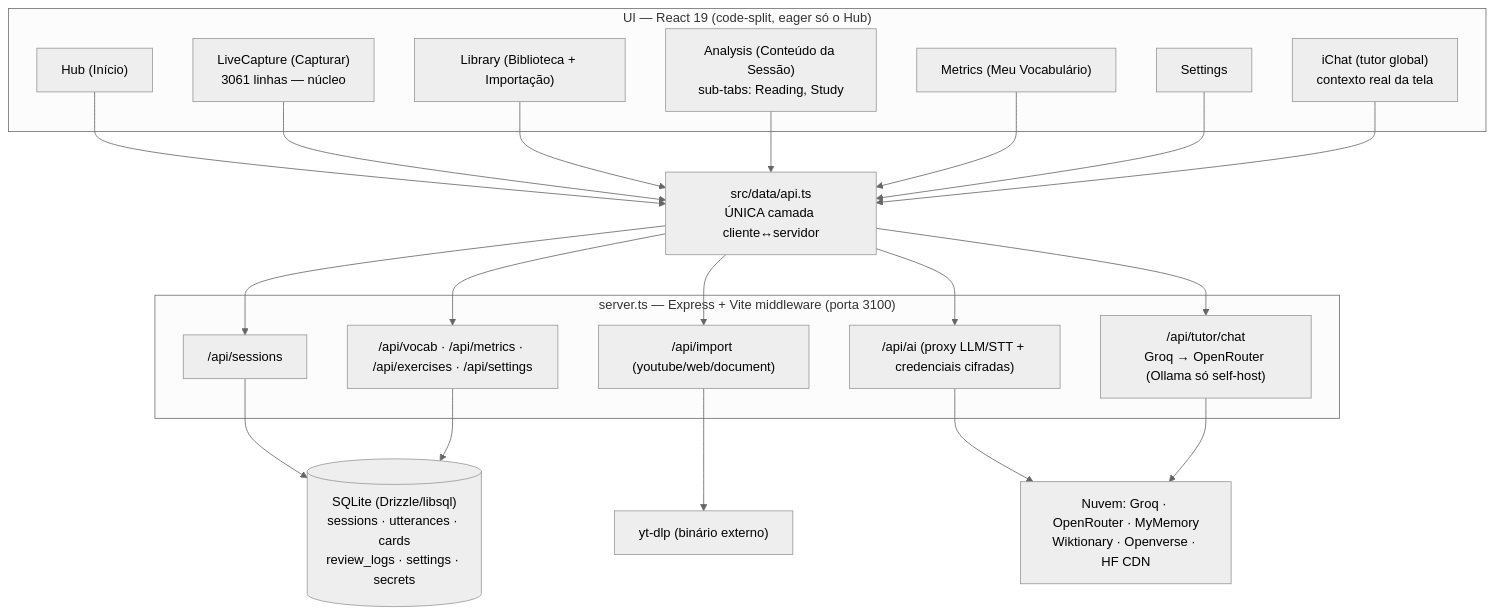
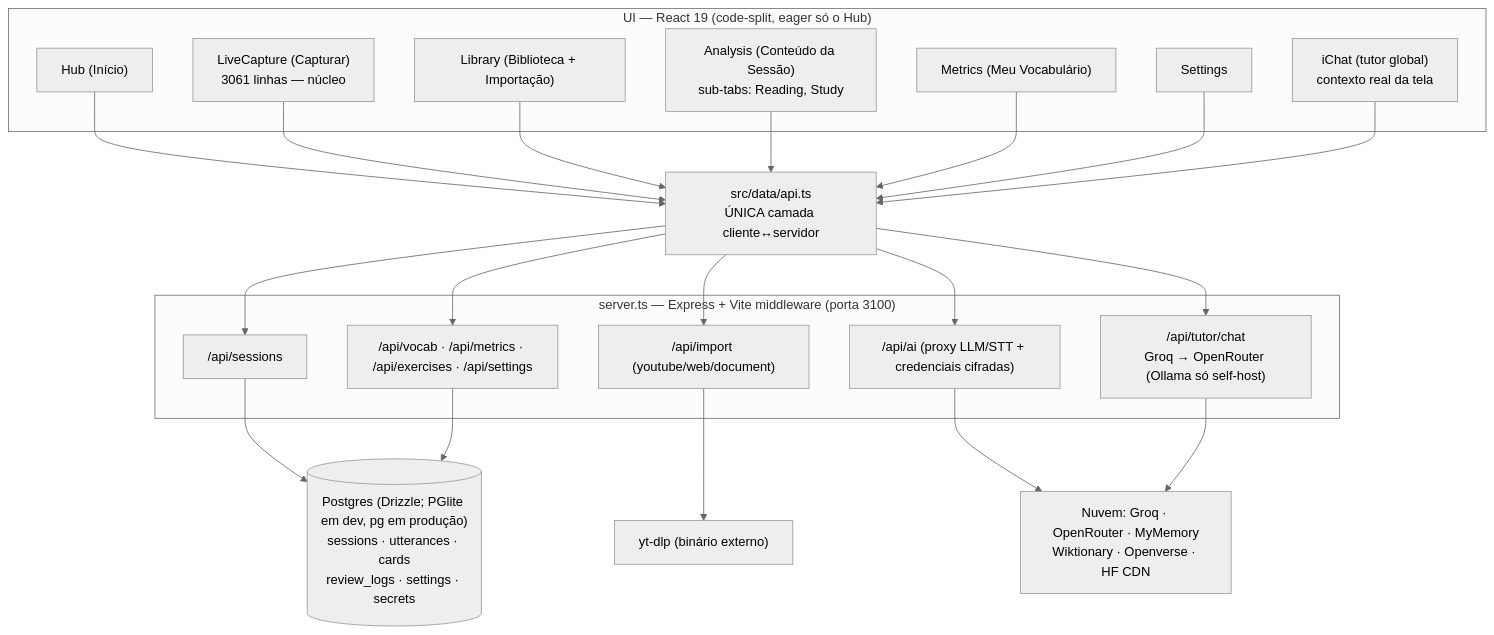
Before and after one commit to GuilhermeLVL/babel-play: the first of 4 diagrams in docs/arquitetura.md, drawn with Mermaid (neutral theme). The commit also changed other lines of this file and 8 other files, not shown here.

````diff
--- a/docs/arquitetura.md
+++ b/docs/arquitetura.md
@@ -48,33 +48,33 @@
 ```mermaid
 flowchart TB
     subgraph UI["UI — React 19 (code-split, eager só o Hub)"]
         Hub["Hub (Início)"]
         LC["LiveCapture (Capturar)\n3061 linhas — núcleo"]
         Lib["Library (Biblioteca + Importação)"]
         Ana["Analysis (Conteúdo da Sessão)\nsub-tabs: Reading, Study"]
         Met["Metrics (Meu Vocabulário)"]
         Set["Settings"]
         IChat["iChat (tutor global)\ncontexto real da tela"]
     end
 
     API["src/data/api.ts\nÚNICA camada cliente↔servidor"]
 
     subgraph SRV["server.ts — Express + Vite middleware (porta 3100)"]
         RS["/api/sessions"]
         RI["/api/import (youtube/web/document)"]
         RV["/api/vocab · /api/metrics · /api/exercises · /api/settings"]
         RA["/api/ai (proxy LLM/STT + credenciais cifradas)"]
         RG["/api/tutor/chat\nGroq → OpenRouter (Ollama só self-host)"]
     end
 
-    DB[("SQLite (Drizzle/libsql)\nsessions · utterances · cards\nreview_logs · settings · secrets")]
+    DB[("Postgres (Drizzle; PGlite em dev, pg em produção)\nsessions · utterances · cards\nreview_logs · settings · secrets")]
 
     YT["yt-dlp (binário externo)"]
     CLOUD["Nuvem: Groq · OpenRouter · MyMemory\nWiktionary · Openverse · HF CDN"]
 
     Hub & LC & Lib & Ana & Met & Set & IChat --> API
     API --> RS & RI & RV & RA & RG
     RS & RV --> DB
     RI --> YT
     RA & RG --> CLOUD
 ```
````
